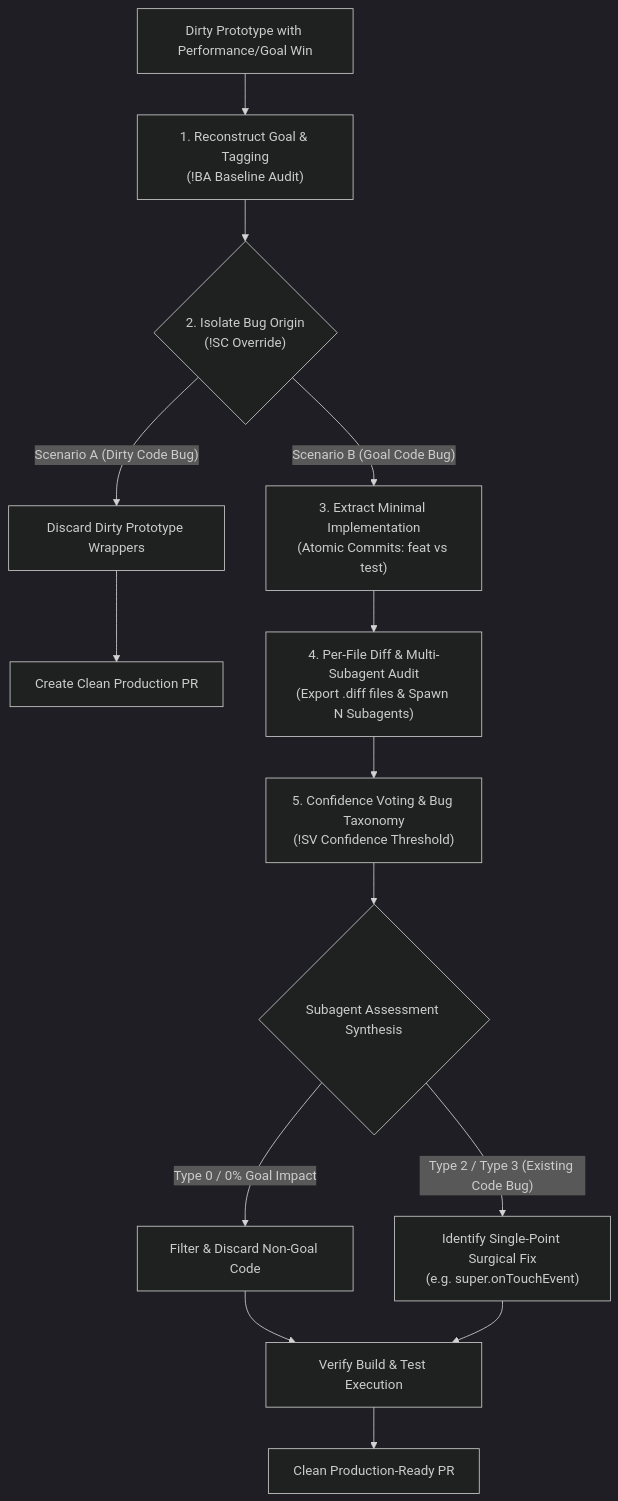
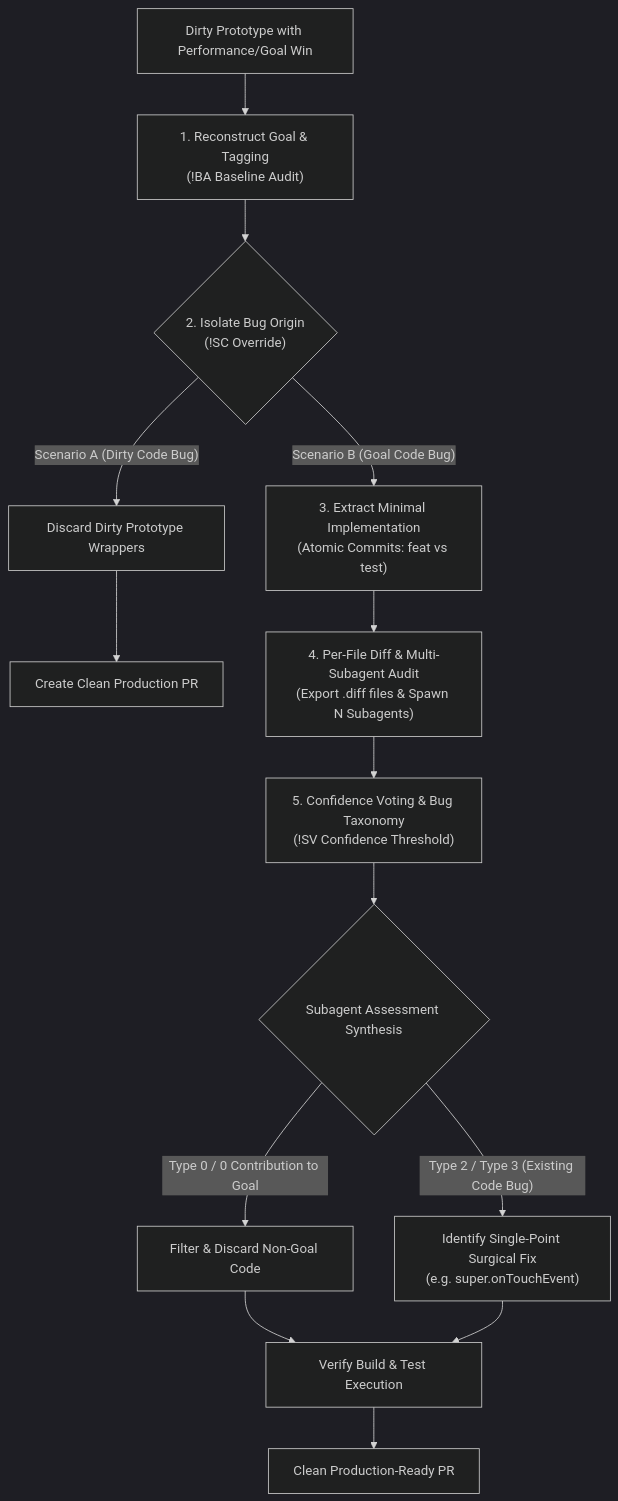
Before and after one commit to loerei/myskills: the diagram in engineering/afterplay/SKILL.md, drawn with Mermaid (dark theme). The commit also changed other lines of this file and 1 other file, not shown here.

Commit message:
style(afterplay): change 0% Goal Impact phrasing to 0 Contribution to Goal

````diff
--- a/engineering/afterplay/SKILL.md
+++ b/engineering/afterplay/SKILL.md
@@ -16,23 +16,23 @@
 ```mermaid
 flowchart TD
     Start["Dirty Prototype with Performance/Goal Win"] --> Phase1["1. Reconstruct Goal & Tagging<br/>(!BA Baseline Audit)"]
     
     Phase1 --> Phase2{"2. Isolate Bug Origin<br/>(!SC<A|B> Override)"}
     
     Phase2 -->|"Scenario A (Dirty Code Bug)"| DiscardDirty["Discard Dirty Prototype Wrappers"] --> PR_Direct["Create Clean Production PR"]
     
     Phase2 -->|"Scenario B (Goal Code Bug)"| Phase3["3. Extract Minimal Implementation<br/>(Atomic Commits: feat vs test)"]
     
     Phase3 --> Phase4["4. Per-File Diff & Multi-Subagent Audit<br/>(Export .diff files & Spawn N Subagents)"]
     
     Phase4 --> Phase5["5. Confidence Voting & Bug Taxonomy<br/>(!SV<N> Confidence Threshold)"]
     
     Phase5 --> CheckType{"Subagent Assessment Synthesis"}
-    CheckType -->|"Type 0 / 0% Goal Impact"| StripCode["Filter & Discard Non-Goal Code"]
+    CheckType -->|"Type 0 / 0 Contribution to Goal"| StripCode["Filter & Discard Non-Goal Code"]
     CheckType -->|"Type 2 / Type 3 (Existing Code Bug)"| SurgicalFix["Identify Single-Point Surgical Fix<br/>(e.g. super.onTouchEvent)"]
     
     StripCode --> Verify["Verify Build & Test Execution"]
     SurgicalFix --> Verify
     
     Verify --> Done["Clean Production-Ready PR"]
 ```
````
